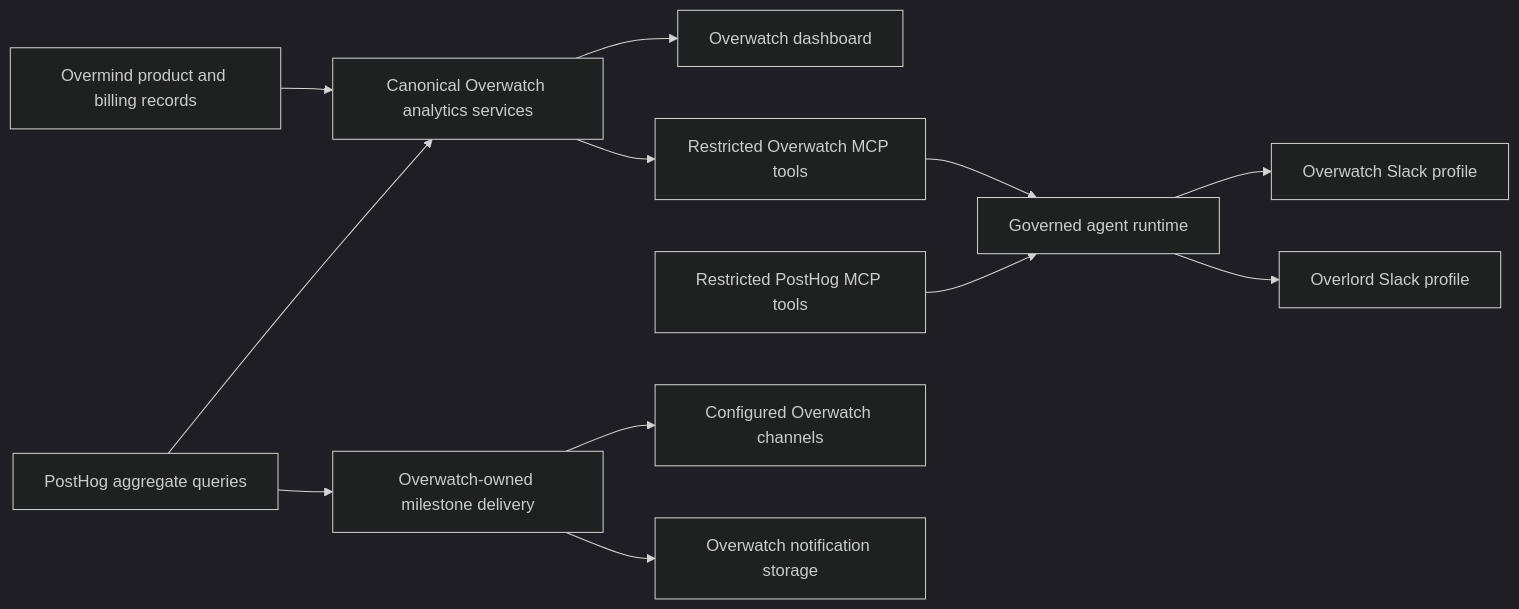
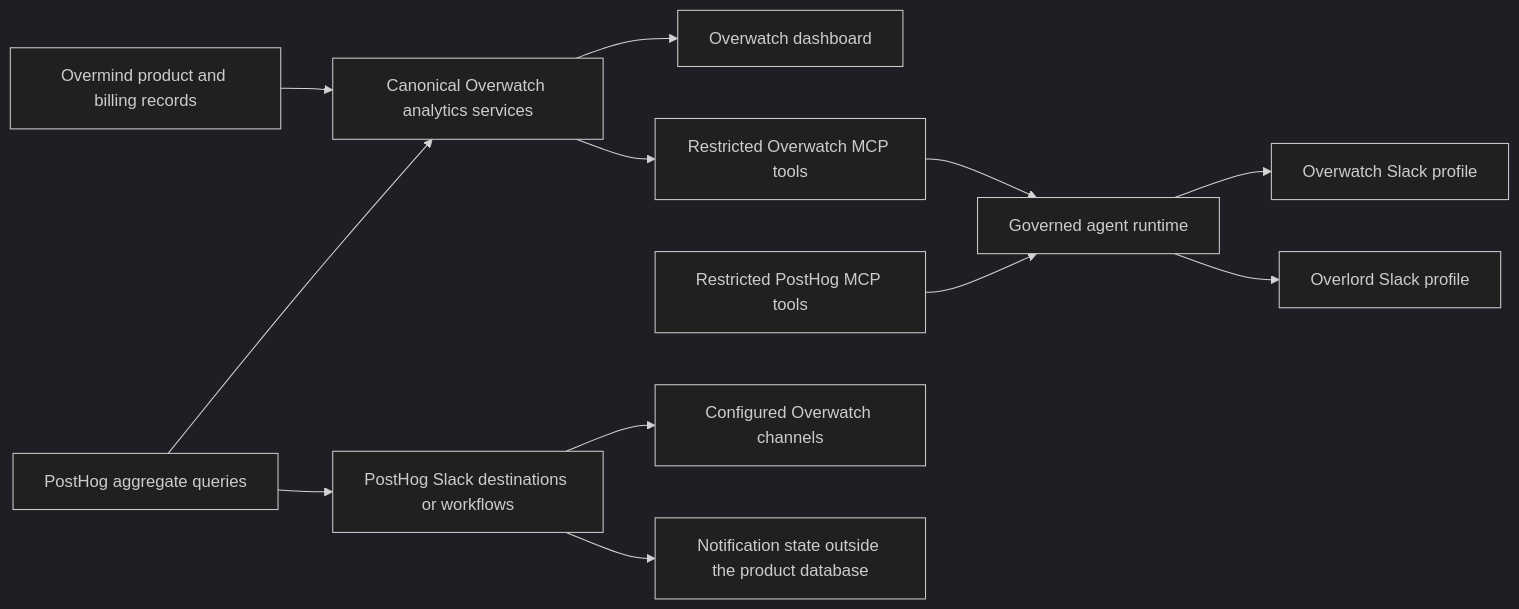
The diagram in docs/overwatch-overlord-mcp.md (overmind-core/overmind), drawn with Mermaid (dark theme) before and after one commit. The commit also changed other lines of this file and 6 other files, not shown here.

Commit message:
fix: align PostHog insights with read-only event sources

````diff
--- a/docs/overwatch-overlord-mcp.md
+++ b/docs/overwatch-overlord-mcp.md
@@ -24,14 +26,14 @@
 ```mermaid
 flowchart LR
     DB[Overmind product and billing records] --> Services[Canonical Overwatch analytics services]
     PH[PostHog aggregate queries] --> Services
     Services --> Dashboard[Overwatch dashboard]
     Services --> MCP[Restricted Overwatch MCP tools]
     MCP --> Runtime[Governed agent runtime]
     PHMCP[Restricted PostHog MCP tools] --> Runtime
     Runtime --> OW[Overwatch Slack profile]
     Runtime --> OL[Overlord Slack profile]
-    PH --> Notices[Overwatch-owned milestone delivery]
+    PH --> Notices[PostHog Slack destinations or workflows]
     Notices --> Channels[Configured Overwatch channels]
-    Notices --> State[Overwatch notification storage]
+    Notices --> State[Notification state outside the product database]
 ```
````
